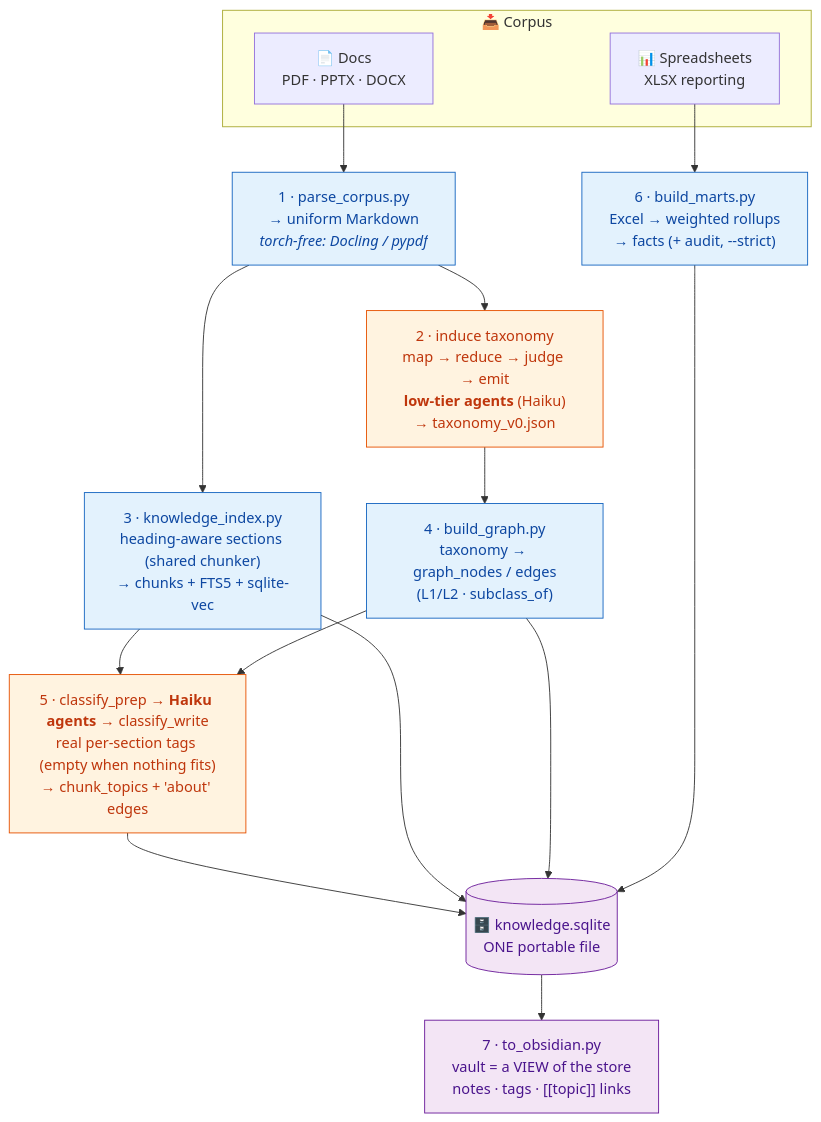
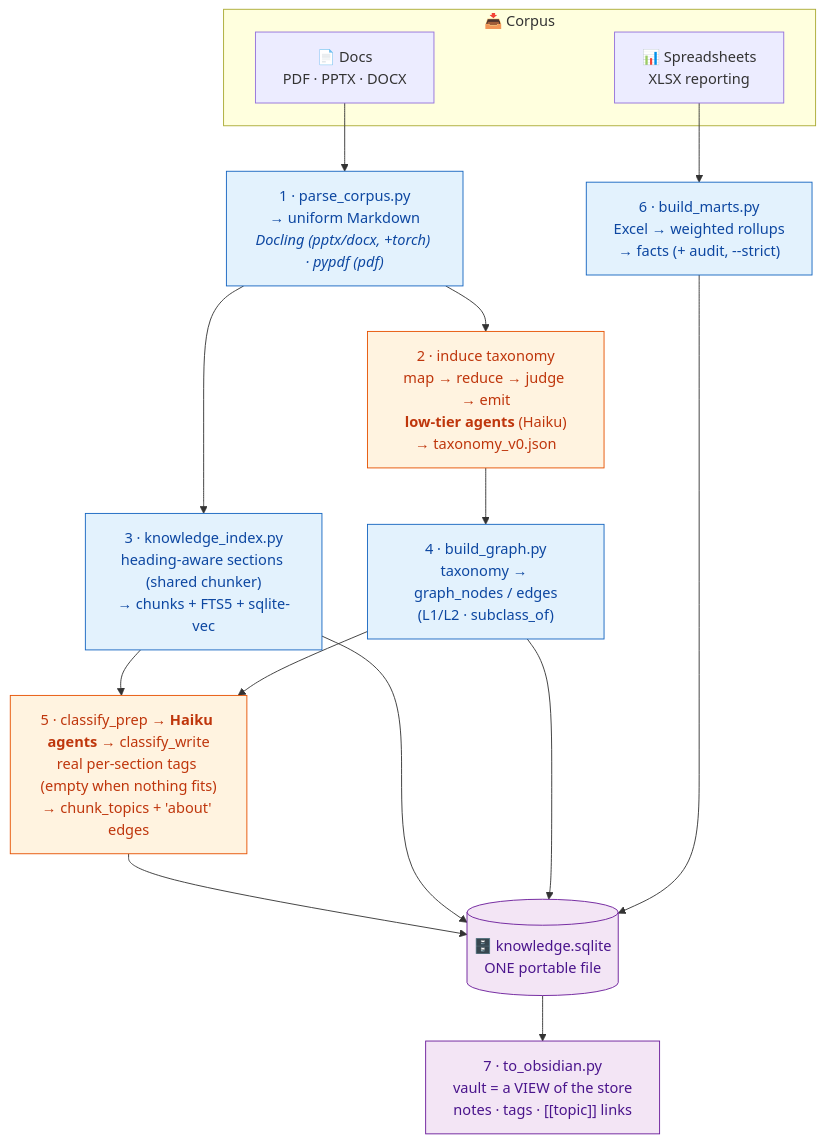
One commit to onetest-ai/applied_skills changed the third of 4 diagrams in bundles/brain/README.md. Above: the diagram before and after it, drawn with Mermaid. The commit also changed other lines of this file and 9 other files, not shown here.

First line of the commit message:
Installer: isolated venv for skill deps (uv); fix torch-free claims

````diff
--- a/bundles/brain/README.md
+++ b/bundles/brain/README.md
@@ -136,30 +136,30 @@
 ```mermaid
 flowchart TD
     subgraph IN["📥 Corpus"]
         D["📄 Docs<br/>PDF · PPTX · DOCX"]
         X["📊 Spreadsheets<br/>XLSX reporting"]
     end
 
-    D --> P["1 · parse_corpus.py<br/>→ uniform Markdown<br/><i>torch-free: Docling / pypdf</i>"]
+    D --> P["1 · parse_corpus.py<br/>→ uniform Markdown<br/><i>Docling (pptx/docx, +torch) · pypdf (pdf)</i>"]
     P --> TX["2 · induce taxonomy<br/>map → reduce → judge → emit<br/><b>low-tier agents</b> (Haiku)<br/>→ taxonomy_v0.json"]
 
     P --> IDX["3 · knowledge_index.py<br/>heading-aware sections (shared chunker)<br/>→ chunks + FTS5 + sqlite-vec"]
     TX --> G["4 · build_graph.py<br/>taxonomy → graph_nodes / edges<br/>(L1/L2 · subclass_of)"]
     IDX --> CLS["5 · classify_prep → <b>Haiku agents</b> → classify_write<br/>real per-section tags (empty when nothing fits)<br/>→ chunk_topics + 'about' edges"]
     G --> CLS
 
     X --> M["6 · build_marts.py<br/>Excel → weighted rollups<br/>→ facts (+ audit, --strict)"]
 
     CLS --> DB[("🗄️ knowledge.sqlite<br/>ONE portable file")]
     IDX --> DB
     G --> DB
     M --> DB
     DB --> OBS["7 · to_obsidian.py<br/>vault = a VIEW of the store<br/>notes · tags · [[topic]] links"]
 
     classDef agent fill:#fff3e0,stroke:#e65100,color:#bf360c;
     classDef det fill:#e3f2fd,stroke:#1565c0,color:#0d47a1;
     classDef store fill:#f3e5f5,stroke:#6a1b9a,color:#4a148c;
     class TX,CLS agent
     class P,IDX,G,M det
     class DB,OBS store
 ```
````
